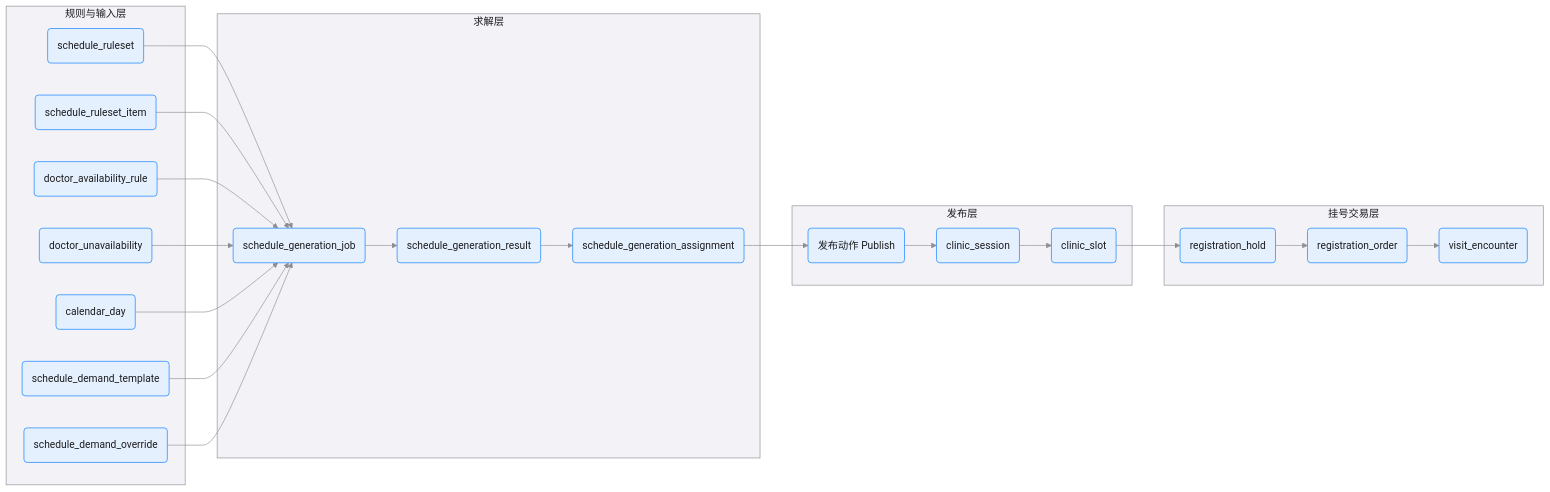
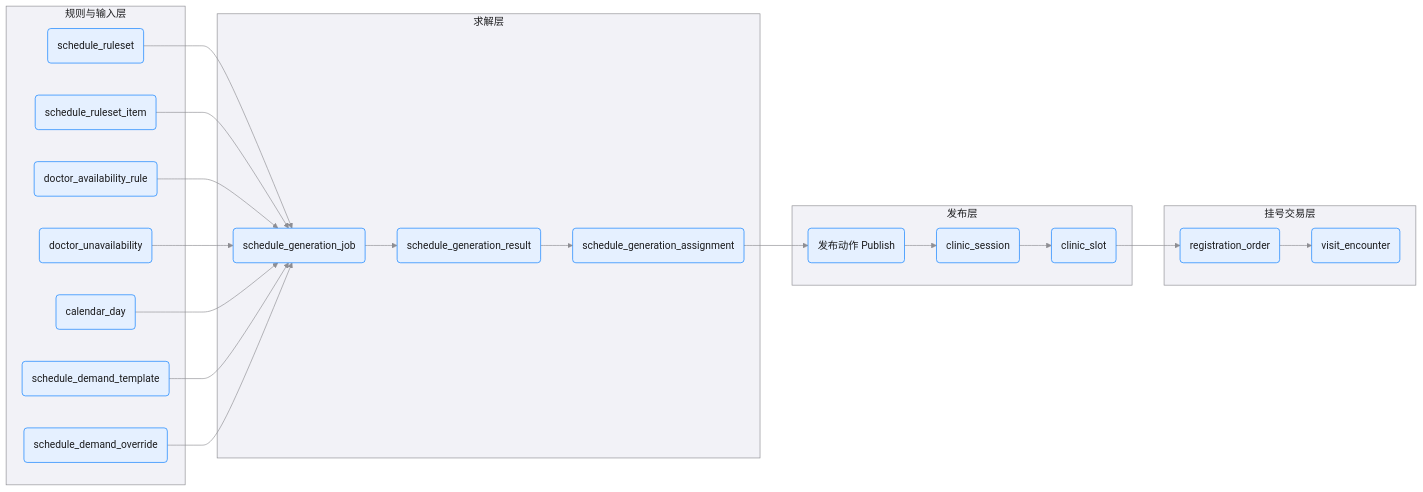
The first of 3 diagrams in docs/07A-SCHEDULING-V3.md (JianwenShaw/MediAskDocs), drawn with Mermaid before and after one commit. The commit also changed other lines of this file and 4 other files, not shown here.

````diff
--- a/docs/07A-SCHEDULING-V3.md
+++ b/docs/07A-SCHEDULING-V3.md
@@ -130,50 +130,48 @@
 ```mermaid
 %%{init: {'theme': 'base', 'themeVariables': {'primaryColor': '#E5F0FF', 'primaryTextColor': '#1C1C1E', 'primaryBorderColor': '#007AFF', 'lineColor': '#8E8E93', 'secondaryColor': '#E8F8EE', 'tertiaryColor': '#FFF4E5', 'background': '#FFFFFF', 'mainBkg': '#E5F0FF', 'nodeBorder': '#007AFF', 'clusterBkg': '#F2F2F7', 'clusterBorder': '#8E8E93', 'titleColor': '#1C1C1E', 'edgeLabelBackground': '#FFFFFF'}}}%%
 flowchart LR
     subgraph A["规则与输入层"]
         R1("schedule_ruleset")
         R2("schedule_ruleset_item")
         R3("doctor_availability_rule")
         R4("doctor_unavailability")
         R5("calendar_day")
         R6("schedule_demand_template")
         R7("schedule_demand_override")
     end
 
     subgraph B["求解层"]
         J1("schedule_generation_job")
         J2("schedule_generation_result")
         J3("schedule_generation_assignment")
     end
 
     subgraph C["发布层"]
         P1("发布动作 Publish")
         P2("clinic_session")
         P3("clinic_slot")
     end
 
     subgraph D["挂号交易层"]
-        O1("registration_hold")
-        O2("registration_order")
-        O3("visit_encounter")
+        O1("registration_order")
+        O2("visit_encounter")
     end
 
     R1 --> J1
     R2 --> J1
     R3 --> J1
     R4 --> J1
     R5 --> J1
     R6 --> J1
     R7 --> J1
 
     J1 --> J2
     J2 --> J3
 
     J3 --> P1
     P1 --> P2
     P2 --> P3
 
     P3 --> O1
     O1 --> O2
-    O2 --> O3
 ```
````
